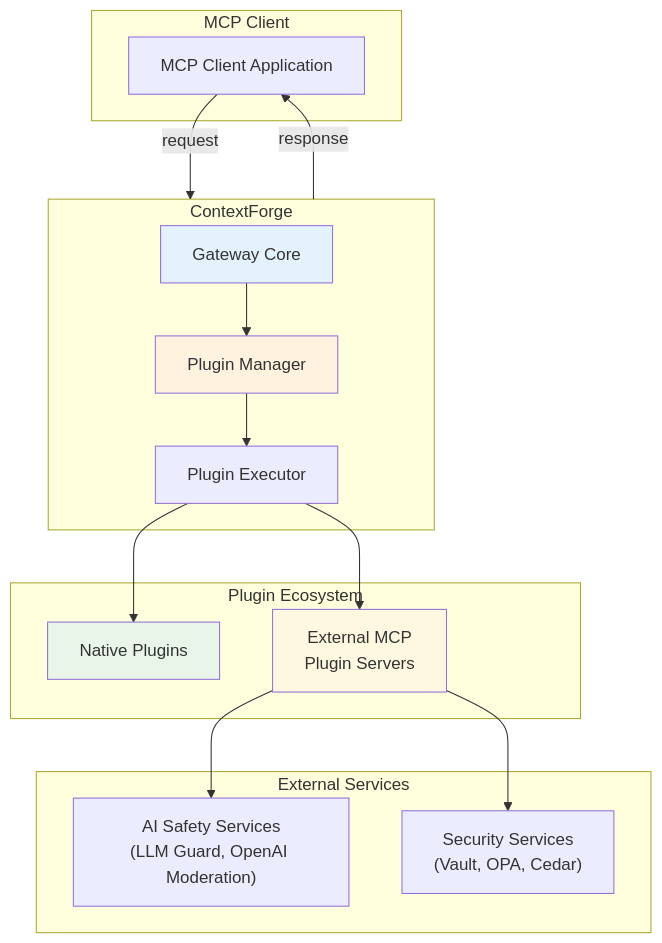
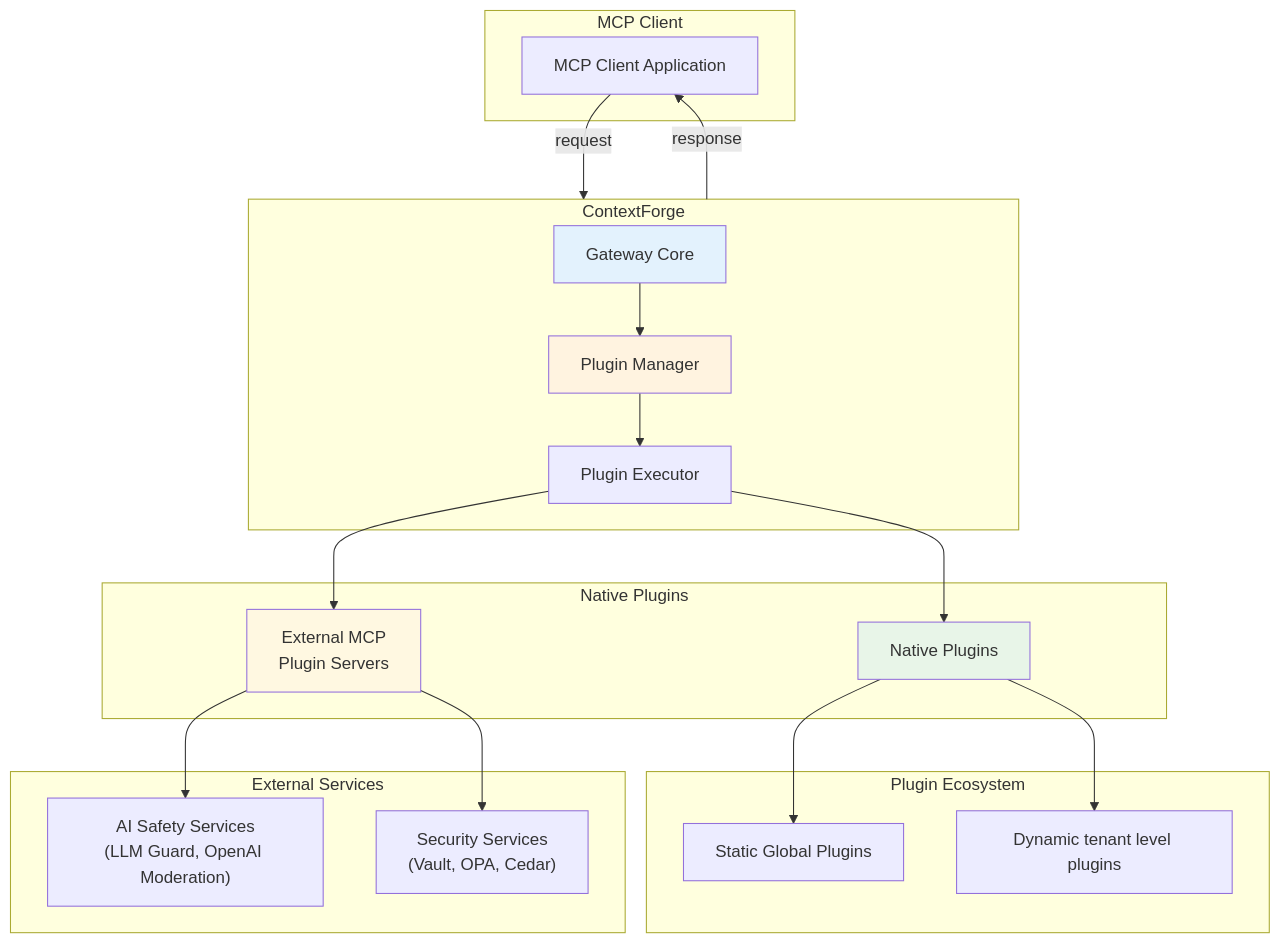
The first of 5 diagrams in docs/docs/architecture/plugins.md (brian-hussey/mcp-context-forge), drawn with Mermaid before and after one commit. The commit also changed other lines of this file, not shown here.

Commit message:
Draft plugins.md changes for tracking plan changes

````diff
--- a/docs/docs/architecture/plugins.md
+++ b/docs/docs/architecture/plugins.md
@@ -87,36 +87,43 @@
 ```mermaid
 flowchart TB
     subgraph "MCP Client"
         Client["MCP Client Application"]
     end
 
     subgraph GW["ContextForge"]
         Gateway["Gateway Core"]
         PM["Plugin Manager"]
         Executor["Plugin Executor"]
     end
 
     subgraph "Plugin Ecosystem"
+        Static["Static Global Plugins"]
+        Dynamic["Dynamic tenant level plugins"]
+    end
+
+    subgraph "Native Plugins"
         Native["Native Plugins"]
         External["External MCP <br> Plugin Servers"]
     end
 
     subgraph "External Services"
         AI["AI Safety Services<br>(LLM Guard, OpenAI Moderation)"]
         Security["Security Services<br>(Vault, OPA, Cedar)"]
     end
 
     Client --request--> GW
     GW --response--> Client
     Gateway --> PM
     PM --> Executor
     Executor --> Native
     Executor --> External
     External --> AI
     External --> Security
+    Native --> Static
+    Native --> Dynamic
 
     style Gateway fill:#e3f2fd
     style PM fill:#fff3e0
     style Native fill:#e8f5e8
     style External fill:#fff8e1
 ```
````
